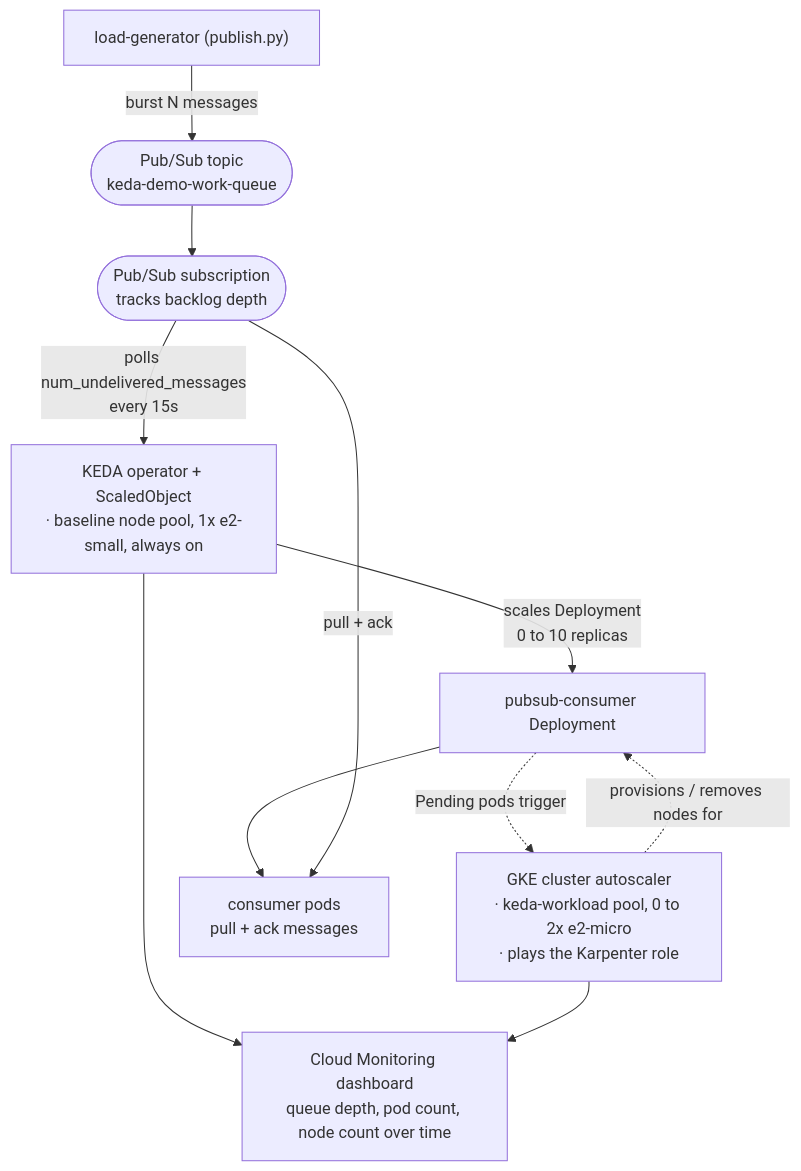
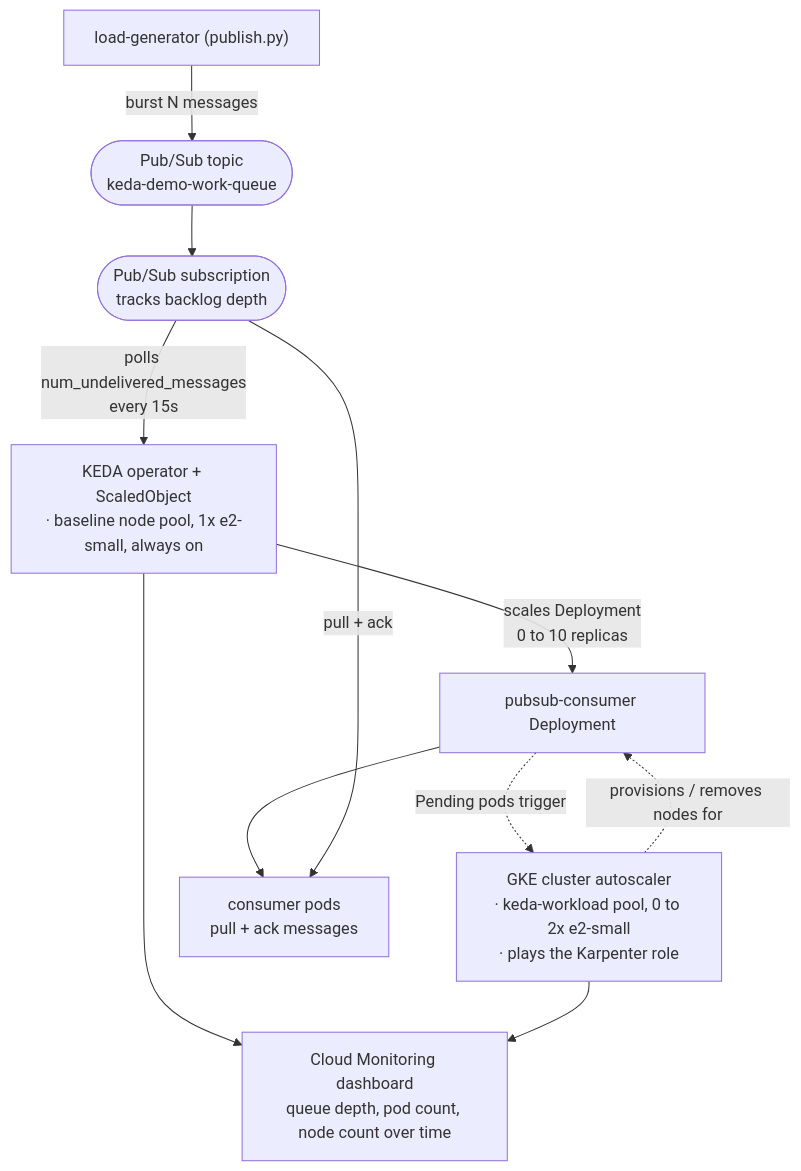
The diagram in README.md (soodrajesh/keda-karpenter-gke-demo), drawn with Mermaid before and after one commit. The commit also changed other lines of this file and 1 other file, not shown here.

Commit message:
Switch keda-workload pool to e2-small too -- e2-micro can't host any pod on GKE Standard

````diff
--- a/README.md
+++ b/README.md
@@ -9,18 +9,18 @@
 ```mermaid
 flowchart TB
     LG["load-generator (publish.py)"] -->|"burst N messages"| TOPIC(["Pub/Sub topic<br/>keda-demo-work-queue"])
     TOPIC --> SUB(["Pub/Sub subscription<br/>tracks backlog depth"])
 
     SUB -->|"polls num_undelivered_messages<br/>every 15s"| KEDA["KEDA operator + ScaledObject<br/>· baseline node pool, 1x e2-small, always on"]
 
     KEDA -->|"scales Deployment<br/>0 to 10 replicas"| DEPLOY["pubsub-consumer Deployment"]
 
-    DEPLOY -.->|"Pending pods trigger"| AUTOSCALER["GKE cluster autoscaler<br/>· keda-workload pool, 0 to 2x e2-micro<br/>· plays the Karpenter role"]
+    DEPLOY -.->|"Pending pods trigger"| AUTOSCALER["GKE cluster autoscaler<br/>· keda-workload pool, 0 to 2x e2-small<br/>· plays the Karpenter role"]
     AUTOSCALER -.->|"provisions / removes nodes for"| DEPLOY
 
     DEPLOY --> PODS["consumer pods<br/>pull + ack messages"]
     SUB -->|"pull + ack"| PODS
 
     KEDA --> DASH["Cloud Monitoring dashboard<br/>queue depth, pod count, node count over time"]
     AUTOSCALER --> DASH
 ```
````
